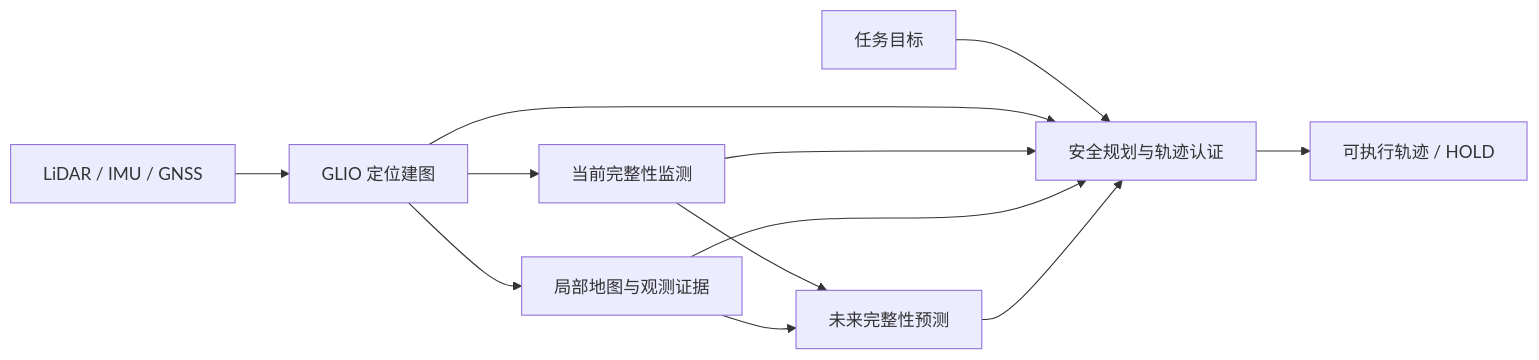
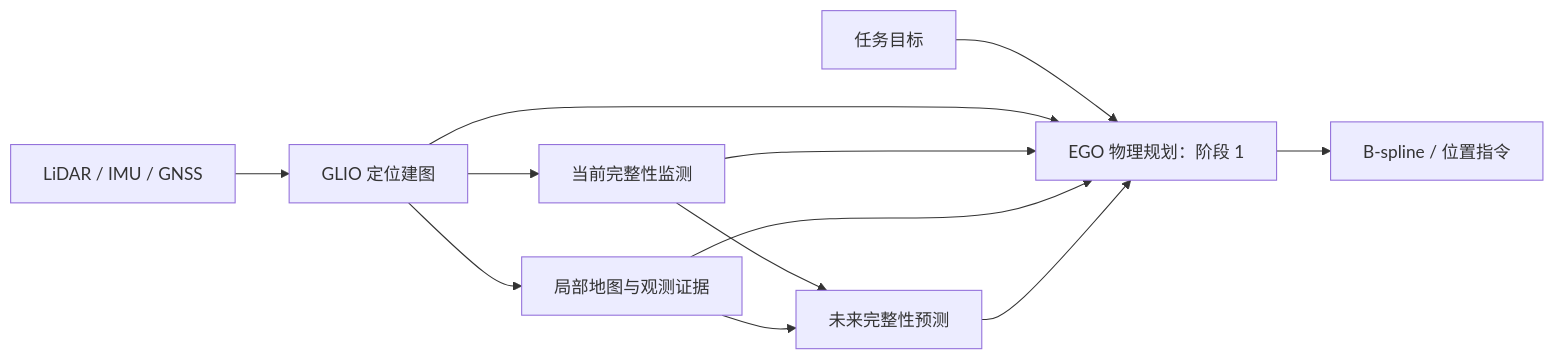
The diagram in README.md (Printeger/iap), drawn with Mermaid before and after one commit. The commit also changed other lines of this file and 126 other files, not shown here.

Commit message:
refactor(planner): restore EGO mainline with shared GridMap PL layer

````diff
--- a/README.md
+++ b/README.md
@@ -31,14 +33,14 @@
 ```mermaid
 flowchart LR
     Sensors[LiDAR / IMU / GNSS] --> GLIO[GLIO 定位建图]
     GLIO --> Monitor[当前完整性监测]
     GLIO --> Map[局部地图与观测证据]
     Monitor --> Advisory[未来完整性预测]
     Map --> Advisory
-    Goal[任务目标] --> Planner[安全规划与轨迹认证]
+    Goal[任务目标] --> Planner[EGO 物理规划：阶段 1]
     GLIO --> Planner
     Monitor --> Planner
     Map --> Planner
     Advisory --> Planner
-    Planner --> Result[可执行轨迹 / HOLD]
+    Planner --> Result[B-spline / 位置指令]
 ```
````
